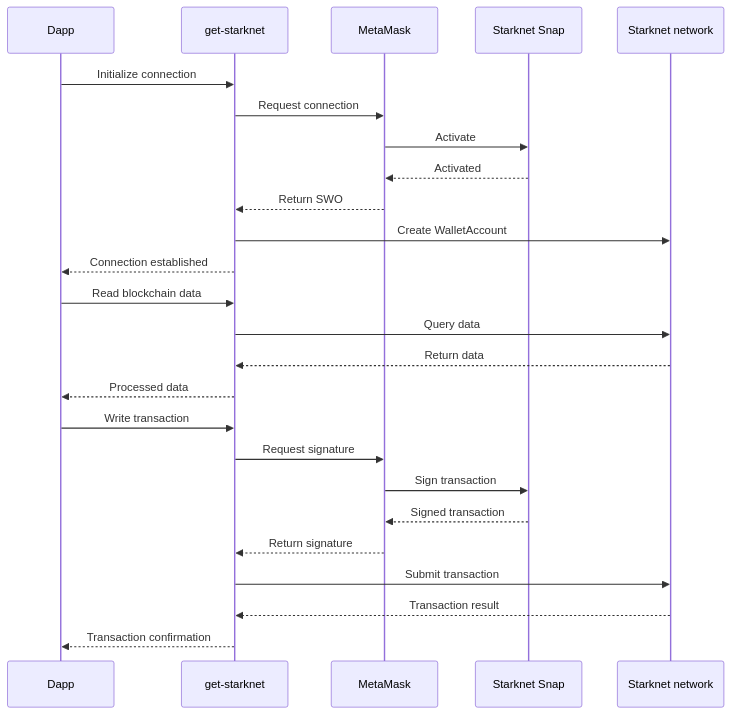
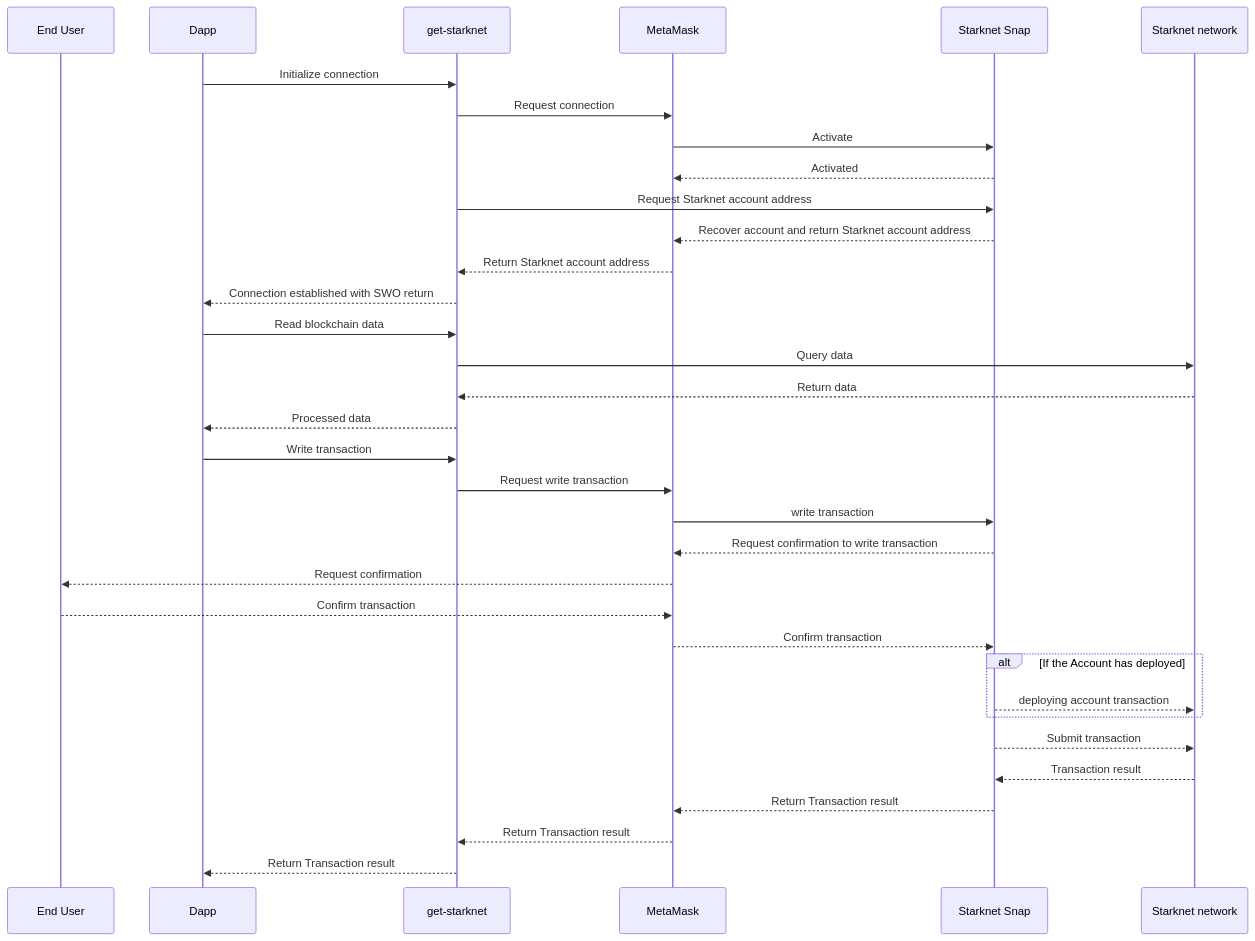
Before and after one commit to MetaMask/metamask-docs: the diagram in wallet/how-to/use-non-evm-networks/starknet/about-get-starknet.md, drawn with Mermaid. The commit also changed other lines of this file and 3 other files, not shown here.

````diff
--- a/wallet/how-to/use-non-evm-networks/starknet/about-get-starknet.md
+++ b/wallet/how-to/use-non-evm-networks/starknet/about-get-starknet.md
@@ -32,30 +34,40 @@
 ```mermaid
 sequenceDiagram
+    participant user as End User
     participant dapp as Dapp
     participant get as get-starknet
     participant mm as MetaMask
     participant Snap as Starknet Snap
     participant network as Starknet network
     
     dapp->>get: Initialize connection
     get->>mm: Request connection
     mm->>Snap: Activate
     Snap-->>mm: Activated
-    mm-->>get: Return SWO
-    get->>network: Create WalletAccount
-    get-->>dapp: Connection established
+    get->>Snap: Request Starknet account address
+    Snap-->>mm: Recover account and return Starknet account address
+    mm-->>get: Return Starknet account address
+    get-->>dapp: Connection established with SWO return
     
     dapp->>get: Read blockchain data
     get->>network: Query data
     network-->>get: Return data
     get-->>dapp: Processed data
     
     dapp->>get: Write transaction
-    get->>mm: Request signature
-    mm->>Snap: Sign transaction
-    Snap-->>mm: Signed transaction
-    mm-->>get: Return signature
-    get->>network: Submit transaction
-    network-->>get: Transaction result
-    get-->>dapp: Transaction confirmation
+    get->>mm: Request write transaction 
+    mm->>Snap: write transaction
+    Snap-->>mm: Request confirmation to write transaction
+    mm-->>user: Request confirmation
+    user-->>mm: Confirm transaction
+    mm-->>Snap: Confirm transaction
+    
+    alt If the Account has deployed
+      Snap-->>network: deploying account transaction
+    end
+    Snap-->>network: Submit transaction
+    network-->>Snap: Transaction result
+    Snap-->>mm: Return Transaction result
+    mm-->>get: Return Transaction result
+    get-->>dapp: Return Transaction result
 ```
````
